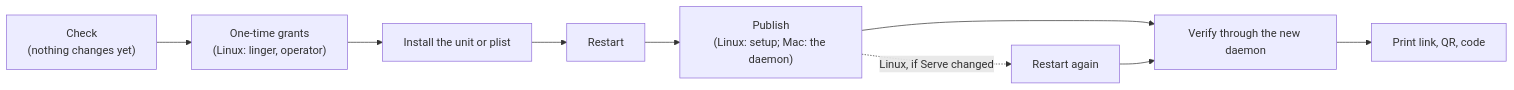
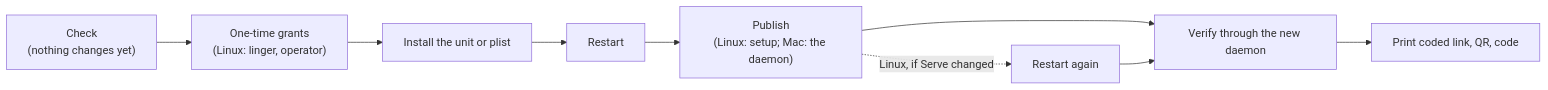
The diagram in docs/design/setup.md (haowjy/tether), drawn with Mermaid before and after one commit. The commit also changed other lines of this file and 16 other files, not shown here.

First line of the commit message:
Carry the enrolment code in the setup link

````diff
--- a/docs/design/setup.md
+++ b/docs/design/setup.md
@@ -19,11 +19,11 @@
 ```mermaid
 flowchart LR
   C["Check<br/>(nothing changes yet)"] --> G["One-time grants<br/>(Linux: linger, operator)"]
   G --> I["Install the unit or plist"]
   I --> S["Restart"]
   S --> P["Publish<br/>(Linux: setup; Mac: the daemon)"]
   P -.->|"Linux, if Serve changed"| R["Restart again"]
   P --> V["Verify through the new daemon"]
   R --> V
-  V --> O["Print link, QR, code"]
+  V --> O["Print coded link, QR, code"]
 ```
````
